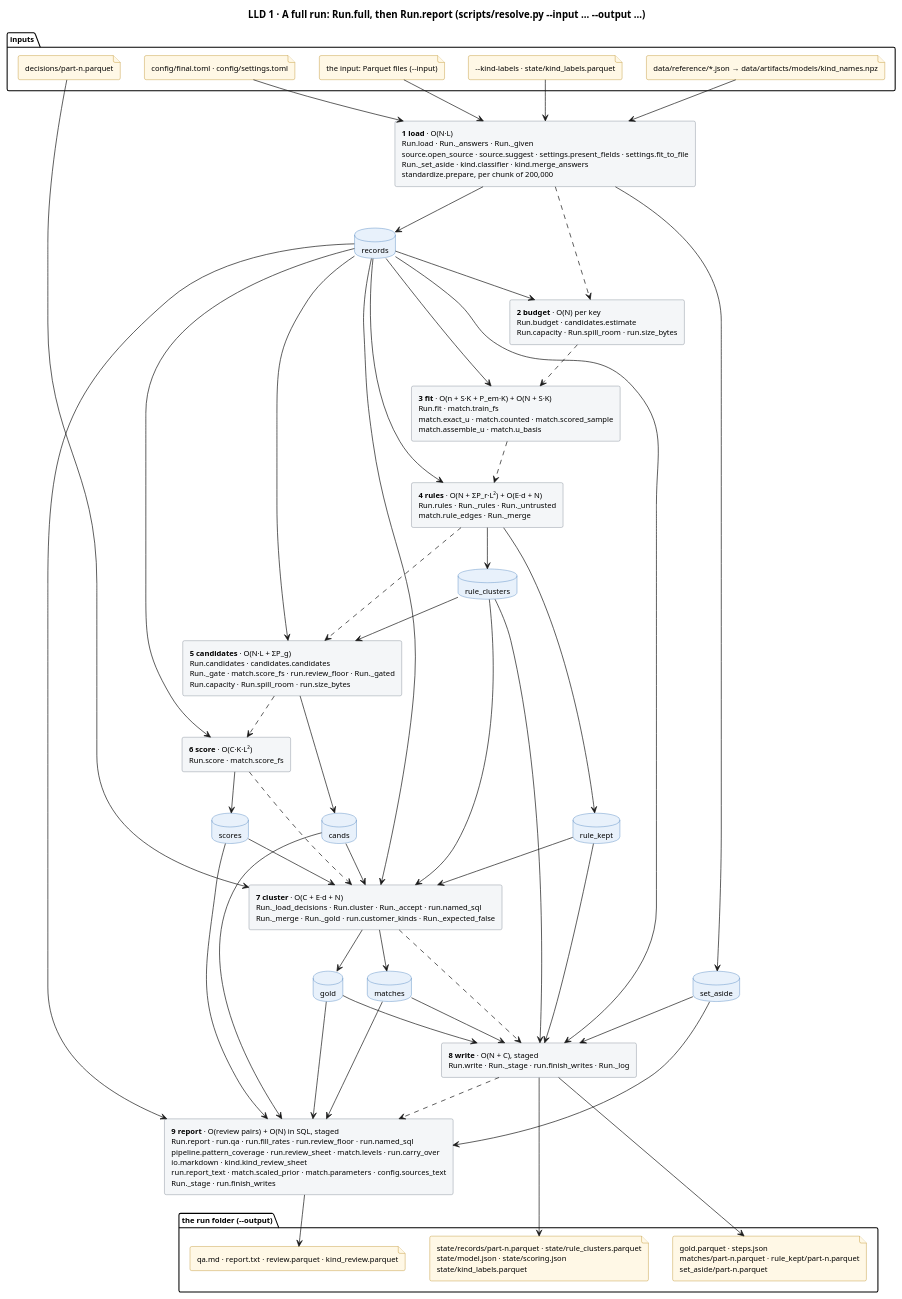
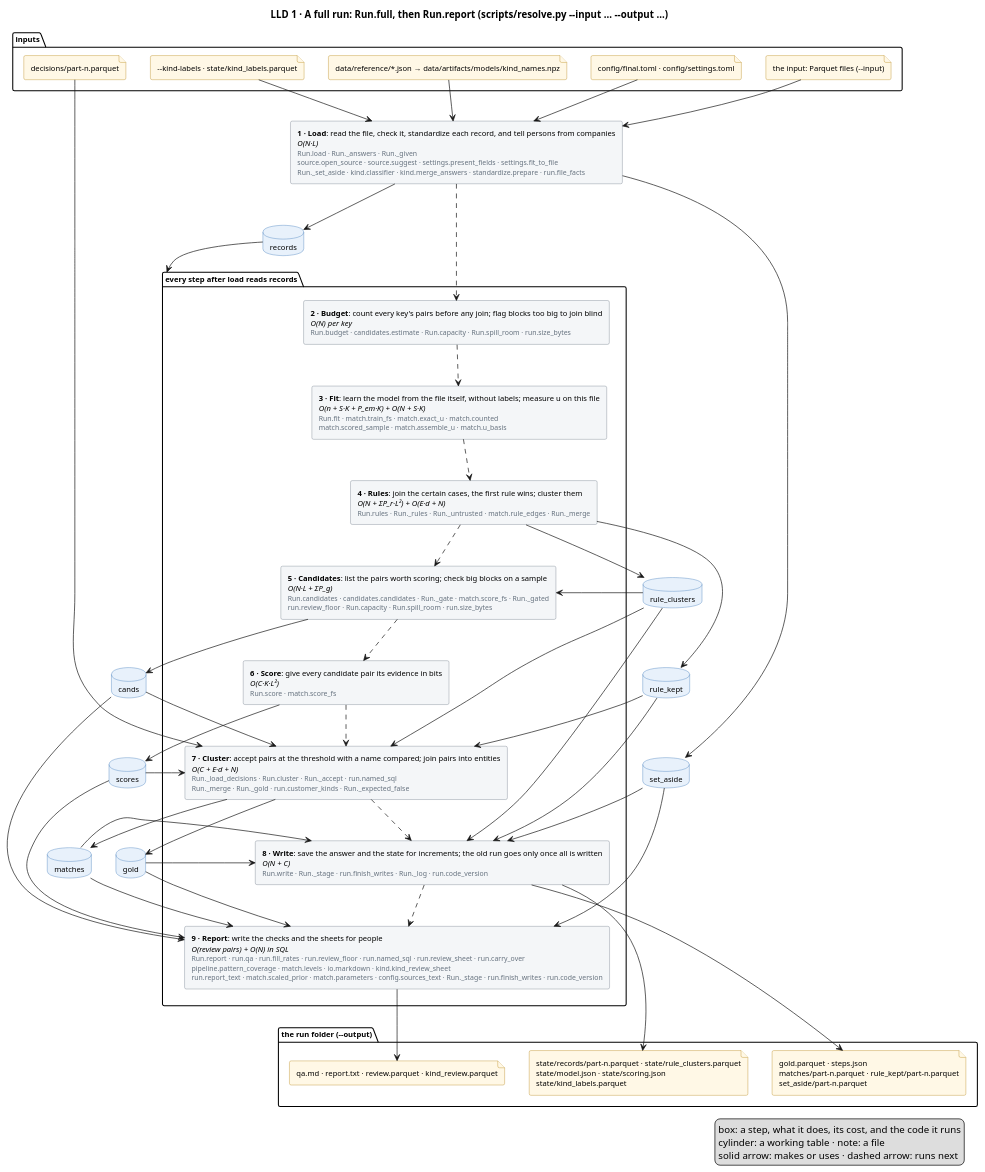
The diagram in docs/diagrams/full-run.puml (mvsbm/entity_matching), drawn with PlantUML before and after one commit. The commit also changed 23 other files, not shown here.

First line of the commit message:
Diagrams a newcomer can read; a run keeps its config; CI

```diff
--- a/docs/diagrams/full-run.puml
+++ b/docs/diagrams/full-run.puml
@@ -1,100 +1,100 @@
 @startuml full-run
 title LLD 1 · A full run: Run.full, then Run.report (scripts/resolve.py ~--input … ~--output …)
 skinparam defaultFontSize 11
 skinparam rectangle {
   BackgroundColor #F4F6F8
   BorderColor #65717E
 }
 skinparam database {
   BackgroundColor #E8F1FB
   BorderColor #2C6DB3
 }
 skinparam file {
   BackgroundColor #FFF8E6
   BorderColor #B07D00
 }
 
 package "inputs" {
   file "the input: Parquet files (~--input)" as f_input
   file "config/final.toml · config/settings.toml" as f_config
   file "data/reference/*.json → data/artifacts/models/kind_names.npz" as f_names
   file "~--kind-labels · state/kind_labels.parquet" as f_answers
   file "decisions/part-n.parquet" as f_decisions
 }
 
-rectangle "<b>1 load</b> · O(N·L)\nRun.load · Run._answers · Run._given\nsource.open_source · source.suggest · settings.present_fields · settings.fit_to_file\nRun._set_aside · kind.classifier · kind.merge_answers\nstandardize.prepare, per chunk of 200,000" as load
-rectangle "<b>2 budget</b> · O(N) per key\nRun.budget · candidates.estimate\nRun.capacity · Run.spill_room · run.size_bytes" as budget
-rectangle "<b>3 fit</b> · O(n + S·K + P_em·K) + O(N + S·K)\nRun.fit · match.train_fs\nmatch.exact_u · match.counted · match.scored_sample\nmatch.assemble_u · match.u_basis" as fit
-rectangle "<b>4 rules</b> · O(N + ΣP_r·L²) + O(E·d + N)\nRun.rules · Run._rules · Run._untrusted\nmatch.rule_edges · Run._merge" as rules
-rectangle "<b>5 candidates</b> · O(N·L + ΣP_g)\nRun.candidates · candidates.candidates\nRun._gate · match.score_fs · run.review_floor · Run._gated\nRun.capacity · Run.spill_room · run.size_bytes" as candidates
-rectangle "<b>6 score</b> · O(C·K·L²)\nRun.score · match.score_fs" as score
-rectangle "<b>7 cluster</b> · O(C + E·d + N)\nRun._load_decisions · Run.cluster · Run._accept · run.named_sql\nRun._merge · Run._gold · run.customer_kinds · Run._expected_false" as cluster
-rectangle "<b>8 write</b> · O(N + C), staged\nRun.write · Run._stage · run.finish_writes · Run._log" as write
-rectangle "<b>9 report</b> · O(review pairs) + O(N) in SQL, staged\nRun.report · run.qa · run.fill_rates · run.review_floor · run.named_sql\npipeline.pattern_coverage · run.review_sheet · match.levels · run.carry_over\nio.markdown · kind.kind_review_sheet\nrun.report_text · match.scaled_prior · match.parameters · config.sources_text\nRun._stage · run.finish_writes" as report
 
+rectangle "<b>1 · Load</b>: read the file, check it, standardize each record, and tell persons from companies\n<i>O(N·L)</i>\n<size:10><color:#65717E>Run.load · Run._answers · Run._given</color></size>\n<size:10><color:#65717E>source.open_source · source.suggest · settings.present_fields · settings.fit_to_file</color></size>\n<size:10><color:#65717E>Run._set_aside · kind.classifier · kind.merge_answers · standardize.prepare · run.file_facts</color></size>" as load
+package "every step after load reads records" as after_load {
+  rectangle "<b>2 · Budget</b>: count every key's pairs before any join; flag blocks too big to join blind\n<i>O(N) per key</i>\n<size:10><color:#65717E>Run.budget · candidates.estimate · Run.capacity · Run.spill_room · run.size_bytes</color></size>" as budget
+  rectangle "<b>3 · Fit</b>: learn the model from the file itself, without labels; measure u on this file\n<i>O(n + S·K + P_em·K) + O(N + S·K)</i>\n<size:10><color:#65717E>Run.fit · match.train_fs · match.exact_u · match.counted</color></size>\n<size:10><color:#65717E>match.scored_sample · match.assemble_u · match.u_basis</color></size>" as fit
+  rectangle "<b>4 · Rules</b>: join the certain cases, the first rule wins; cluster them\n<i>O(N + ΣP_r·L²) + O(E·d + N)</i>\n<size:10><color:#65717E>Run.rules · Run._rules · Run._untrusted · match.rule_edges · Run._merge</color></size>" as rules
+  rectangle "<b>5 · Candidates</b>: list the pairs worth scoring; check big blocks on a sample\n<i>O(N·L + ΣP_g)</i>\n<size:10><color:#65717E>Run.candidates · candidates.candidates · Run._gate · match.score_fs · Run._gated</color></size>\n<size:10><color:#65717E>run.review_floor · Run.capacity · Run.spill_room · run.size_bytes</color></size>" as candidates
+  rectangle "<b>6 · Score</b>: give every candidate pair its evidence in bits\n<i>O(C·K·L²)</i>\n<size:10><color:#65717E>Run.score · match.score_fs</color></size>" as score
+  rectangle "<b>7 · Cluster</b>: accept pairs at the threshold with a name compared; join pairs into entities\n<i>O(C + E·d + N)</i>\n<size:10><color:#65717E>Run._load_decisions · Run.cluster · Run._accept · run.named_sql</color></size>\n<size:10><color:#65717E>Run._merge · Run._gold · run.customer_kinds · Run._expected_false</color></size>" as cluster
+  rectangle "<b>8 · Write</b>: save the answer and the state for increments; the old run goes only once all is written\n<i>O(N + C)</i>\n<size:10><color:#65717E>Run.write · Run._stage · run.finish_writes · Run._log · run.code_version</color></size>" as write
+  rectangle "<b>9 · Report</b>: write the checks and the sheets for people\n<i>O(review pairs) + O(N) in SQL</i>\n<size:10><color:#65717E>Run.report · run.qa · run.fill_rates · run.review_floor · run.named_sql · run.review_sheet · run.carry_over</color></size>\n<size:10><color:#65717E>pipeline.pattern_coverage · match.levels · io.markdown · kind.kind_review_sheet</color></size>\n<size:10><color:#65717E>run.report_text · match.scaled_prior · match.parameters · config.sources_text · Run._stage · run.finish_writes · run.code_version</color></size>" as report
+}
 database "records" as records
 database "set_aside" as set_aside
 database "rule_clusters" as rule_clusters
 database "rule_kept" as rule_kept
 database "cands" as cands
 database "scores" as scores
 database "matches" as matches
 database "gold" as gold
 
 package "the run folder (~--output)" {
   file "gold.parquet · steps.json\nmatches/part-n.parquet · rule_kept/part-n.parquet\nset_aside/part-n.parquet" as f_out
   file "state/records/part-n.parquet · state/rule_clusters.parquet\nstate/model.json · state/scoring.json\nstate/kind_labels.parquet" as f_state
   file "qa.md · report.txt · review.parquet · kind_review.parquet" as f_people
 }
 
 f_input --> load
 f_config --> load
 f_names --> load
 f_answers --> load
 f_decisions --> cluster
 
 load ..> budget
 budget ..> fit
 fit ..> rules
 rules ..> candidates
 candidates ..> score
 score ..> cluster
 cluster ..> write
 write ..> report
 
 load --> records
 load --> set_aside
-records --> budget
-records --> fit
-records --> rules
-records --> candidates
-records --> score
-records --> cluster
-records --> write
-records --> report
+records --> after_load
 rules --> rule_clusters
 rules --> rule_kept
 rule_clusters --> candidates
 rule_clusters --> cluster
 rule_clusters --> write
 rule_kept --> cluster
 rule_kept --> write
 candidates --> cands
 cands --> cluster
 cands --> report
 score --> scores
 scores --> cluster
 scores --> report
 cluster --> matches
 cluster --> gold
 matches --> write
 matches --> report
 gold --> write
 gold --> report
 set_aside --> write
 set_aside --> report
 
 write --> f_out
 write --> f_state
 report --> f_people
+legend right
+  box: a step, what it does, its cost, and the code it runs
+  cylinder: a working table · note: a file
+  solid arrow: makes or uses · dashed arrow: runs next
+endlegend
 @enduml
```
